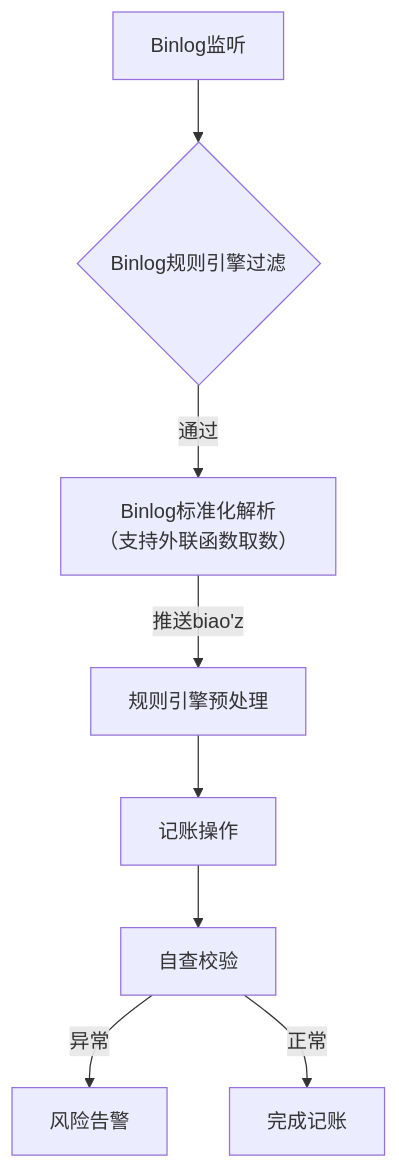
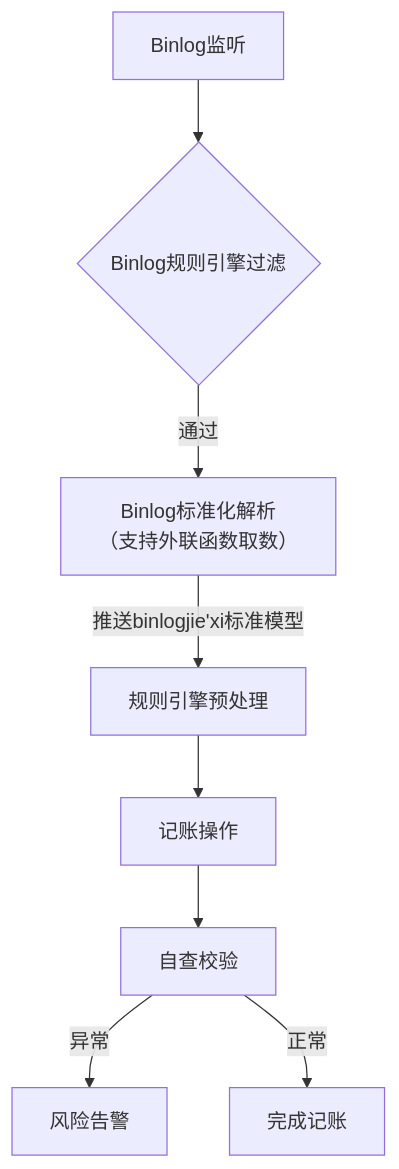
The diagram in all/架构流程.md (87828943/iodraw-files), drawn with Mermaid before and after one commit.

Commit message:
2025-07-07 10:57:19 update

````diff
--- a/all/架构流程.md
+++ b/all/架构流程.md
@@ -1,11 +1,11 @@
 ```mermaid
 graph TD
     A[Binlog监听] --> B{Binlog规则引擎过滤}
     B -->|通过| C[Binlog标准化解析
     （支持外联函数取数）]
-    C --> |推送biao'z|D[规则引擎预处理]
+    C --> |推送binlogjie'xi标准模型|D[规则引擎预处理]
     D --> E[记账操作]
     E --> F[自查校验]
     F -->|异常| G[风险告警]
     F -->|正常| H[完成记账]
 ```
````
